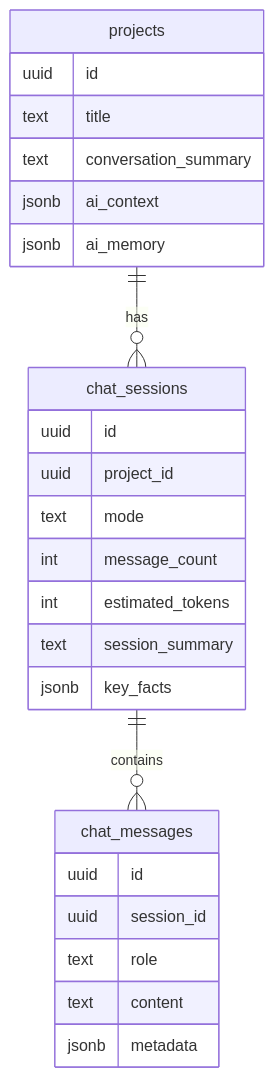
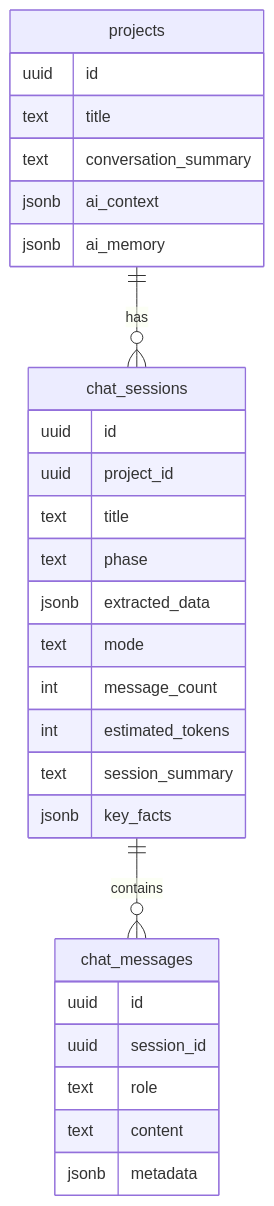
The sixth of 6 diagrams in docs/09-agent/README.md (AaronBakerDev/knearme-platform), drawn with Mermaid before and after one commit. The commit also changed other lines of this file and 160 other files, not shown here.

````diff
--- a/docs/09-agent/README.md
+++ b/docs/09-agent/README.md
@@ -102,31 +175,34 @@
 ```mermaid
 erDiagram
   projects ||--o{ chat_sessions : has
   chat_sessions ||--o{ chat_messages : contains
 
   projects {
     uuid id
     text title
     text conversation_summary
     jsonb ai_context
     jsonb ai_memory
   }
 
   chat_sessions {
     uuid id
     uuid project_id
+    text title
+    text phase
+    jsonb extracted_data
     text mode
     int message_count
     int estimated_tokens
     text session_summary
     jsonb key_facts
   }
 
   chat_messages {
     uuid id
     uuid session_id
     text role
     text content
     jsonb metadata
   }
 ```
````
